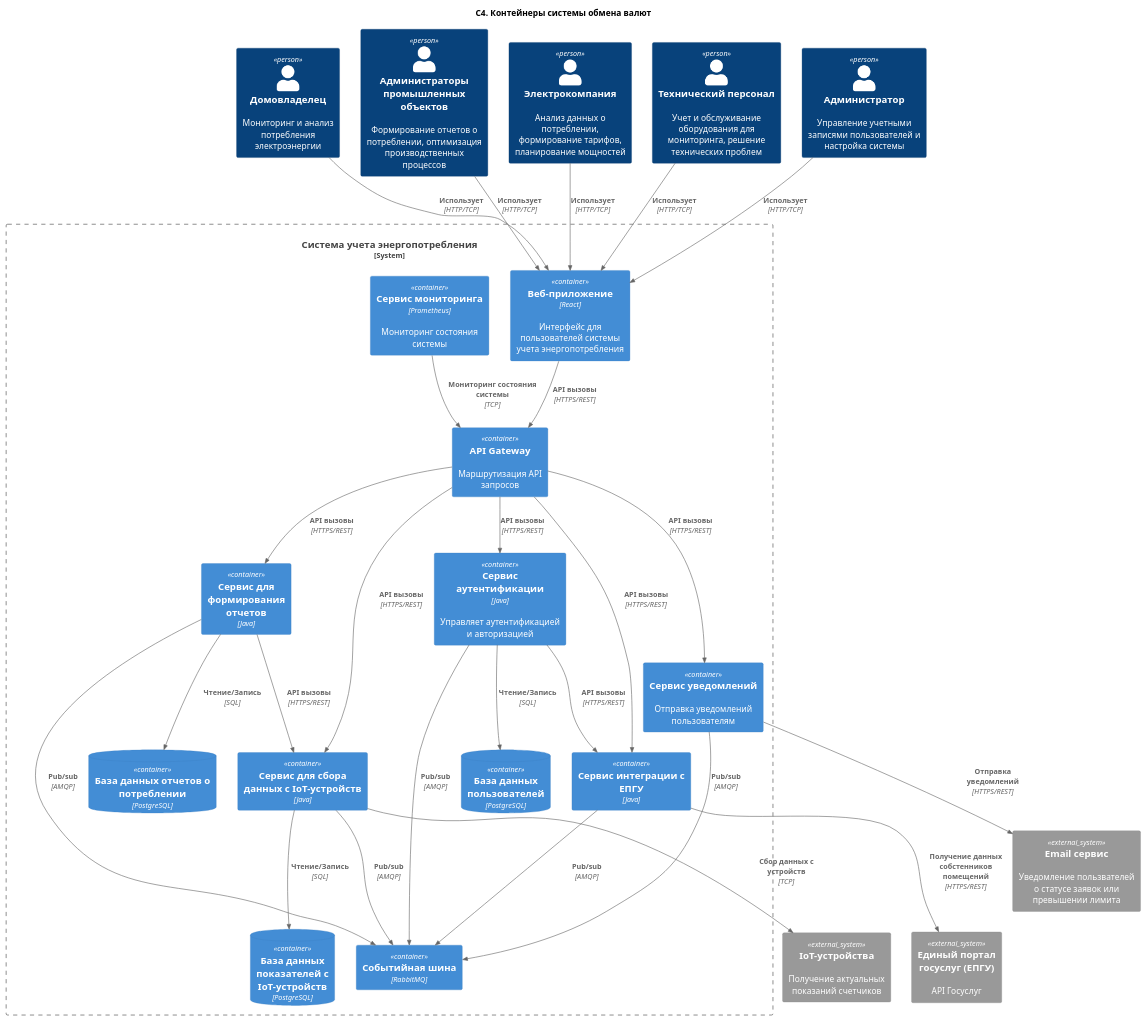
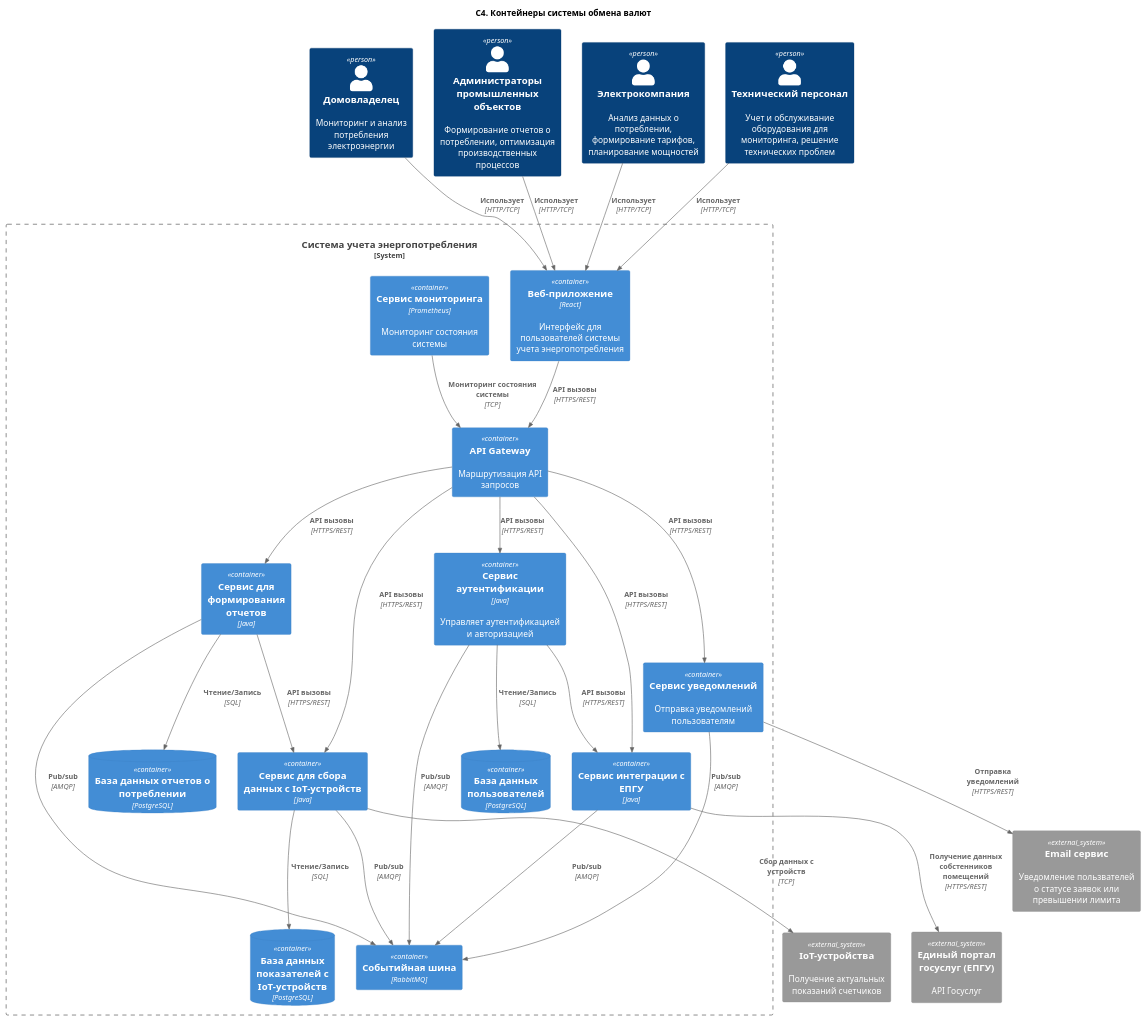
Before and after one commit to I1yaMatveev/SoftwareDevelopmentTechnology: the diagram in 2. Технический проект/container.puml, drawn with PlantUML.

```diff
--- a/2. Технический проект/container.puml
+++ b/2. Технический проект/container.puml
@@ -1,78 +1,74 @@
 @startuml Диаграмма контейнеров
 title "C4. Контейнеры системы обмена валют"
 
 !include https://raw.githubusercontent.com/plantuml-stdlib/C4-PlantUML/master/C4_Container.puml
 
 ' Персоны
 
 Person(homeowner, "Домовладелец", "Мониторинг и анализ потребления электроэнергии")
 Person(industrialFacilityAministrator, "Администраторы промышленных объектов", "Формирование отчетов о потреблении, оптимизация производственных процессов")
 Person(electricCompany, "Электрокомпания", "Анализ данных о потреблении, формирование тарифов, планирование мощностей")
 Person(technicalStaff, "Технический персонал", "Учет и обслуживание оборудования для мониторинга, решение технических проблем")
-
-Person(admin, "Администратор", "Управление учетными записями пользователей и настройка системы")
-
 
 ' Система
 System_Boundary(appBoundary, "Система учета энергопотребления") {
     Container(webApp, "Веб-приложение", "React", "Интерфейс для пользователей системы учета энергопотребления")
     Container(apiGateway, "API Gateway", "", "Маршрутизация API запросов")
 
     Container(authenticationService, "Сервис аутентификации", "Java", "Управляет аутентификацией и авторизацией")
     ContainerDb(authDB, "База данных пользователей", "PostgreSQL")
 
     Container(energyDataCollector, "Сервис для сбора данных с IoT-устройств", "Java")
     ContainerDb(energyDataCollectorDB, "База данных показателей с IoT-устройств", "PostgreSQL")
 
     Container(reportService, "Сервис для формирования отчетов", "Java")
     ContainerDb(reportDB, "База данных отчетов о потреблении", "PostgreSQL")
 
     Container(govPortalIntegrationService, "Сервис интеграции с ЕПГУ", "Java")
 
     Container(monitoringService, "Сервис мониторинга", "Prometheus", "Мониторинг состояния системы")
 
     Container(notificationService, "Сервис уведомлений", "", "Отправка уведомлений пользователям")
 
     Container(messageBroker, "Событийная шина", "RabbitMQ")
 }
 
 ' Внешние системы
 System_Ext(ioTDevices, "IoT-устройства", "Получение актуальных показаний счетчиков")
 System_Ext(govAPI, "Единый портал госуслуг (ЕПГУ)", "API Госуслуг")
 System_Ext(notificationServiceExt, "Email сервис", "Уведомление пользвателей о статусе заявок или превышении лимита")
 
 ' Расположение элементов
 Rel(homeowner, webApp, "Использует", "HTTP/TCP")
 Rel(industrialFacilityAministrator, webApp, "Использует", "HTTP/TCP")
 Rel(electricCompany, webApp, "Использует", "HTTP/TCP")
 Rel(technicalStaff, webApp, "Использует", "HTTP/TCP")
-Rel(admin, webApp, "Использует", "HTTP/TCP")
 
 Rel(monitoringService, apiGateway, "Мониторинг состояния системы", "TCP")
 
 Rel(webApp, apiGateway, "API вызовы", "HTTPS/REST")
 
 Rel(apiGateway, authenticationService, "API вызовы", "HTTPS/REST")
 Rel(apiGateway, energyDataCollector, "API вызовы", "HTTPS/REST")
 Rel(apiGateway, reportService, "API вызовы", "HTTPS/REST")
 Rel(apiGateway, govPortalIntegrationService, "API вызовы", "HTTPS/REST")
 Rel(apiGateway, notificationService, "API вызовы", "HTTPS/REST")
 
 Rel(authenticationService, authDB, "Чтение/Запись", "SQL")
 Rel(energyDataCollector, energyDataCollectorDB, "Чтение/Запись", "SQL")
 Rel(reportService, reportDB, "Чтение/Запись", "SQL")
 
 Rel(authenticationService, govPortalIntegrationService, "API вызовы", "HTTPS/REST")
 Rel(reportService, energyDataCollector, "API вызовы", "HTTPS/REST")
 
 Rel(govPortalIntegrationService, govAPI, "Получение данных собстенников помещений", "HTTPS/REST")
 Rel(energyDataCollector, ioTDevices, "Сбор данных с устройств", "TCP")
 Rel(notificationService, notificationServiceExt, "Отправка уведомлений", "HTTPS/REST")
 
 Rel(authenticationService, messageBroker, "Pub/sub", "AMQP")
 Rel(energyDataCollector, messageBroker, "Pub/sub", "AMQP")
 Rel(reportService, messageBroker, "Pub/sub", "AMQP")
 Rel(govPortalIntegrationService, messageBroker, "Pub/sub", "AMQP")
 Rel(notificationService, messageBroker, "Pub/sub", "AMQP")
 
 @enduml
```
